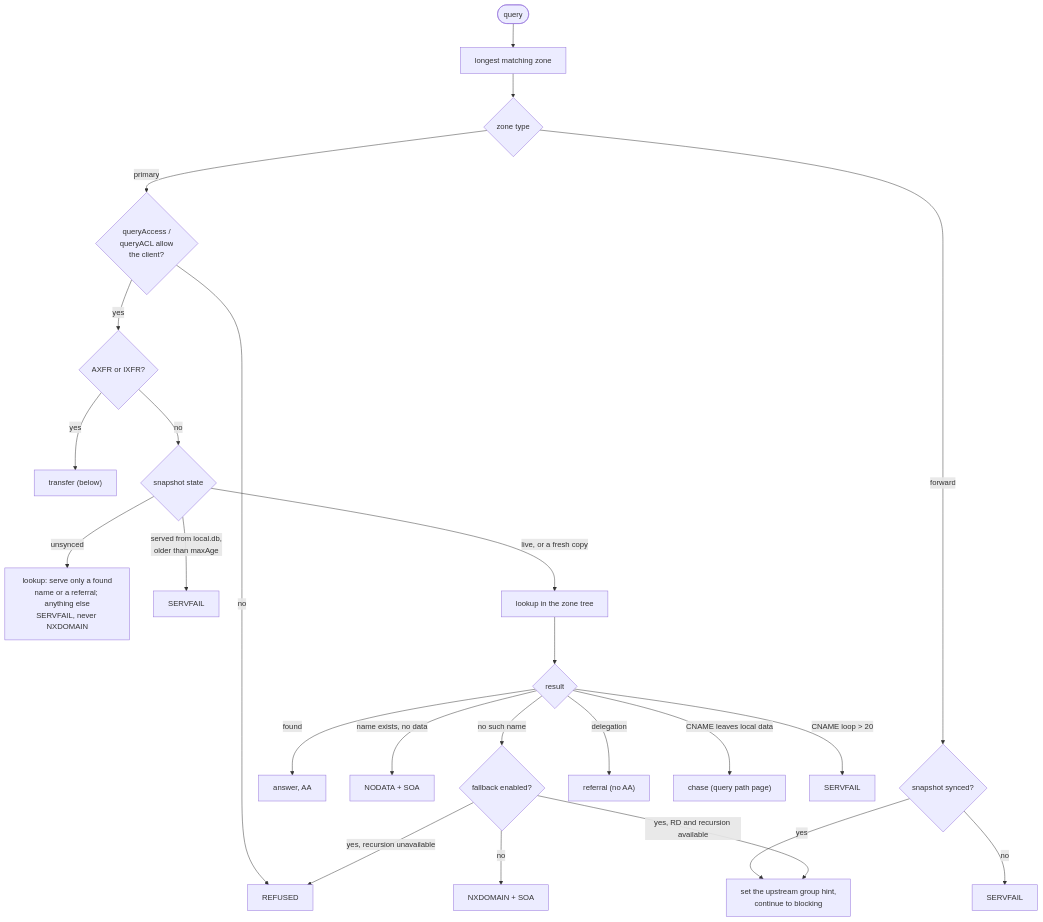
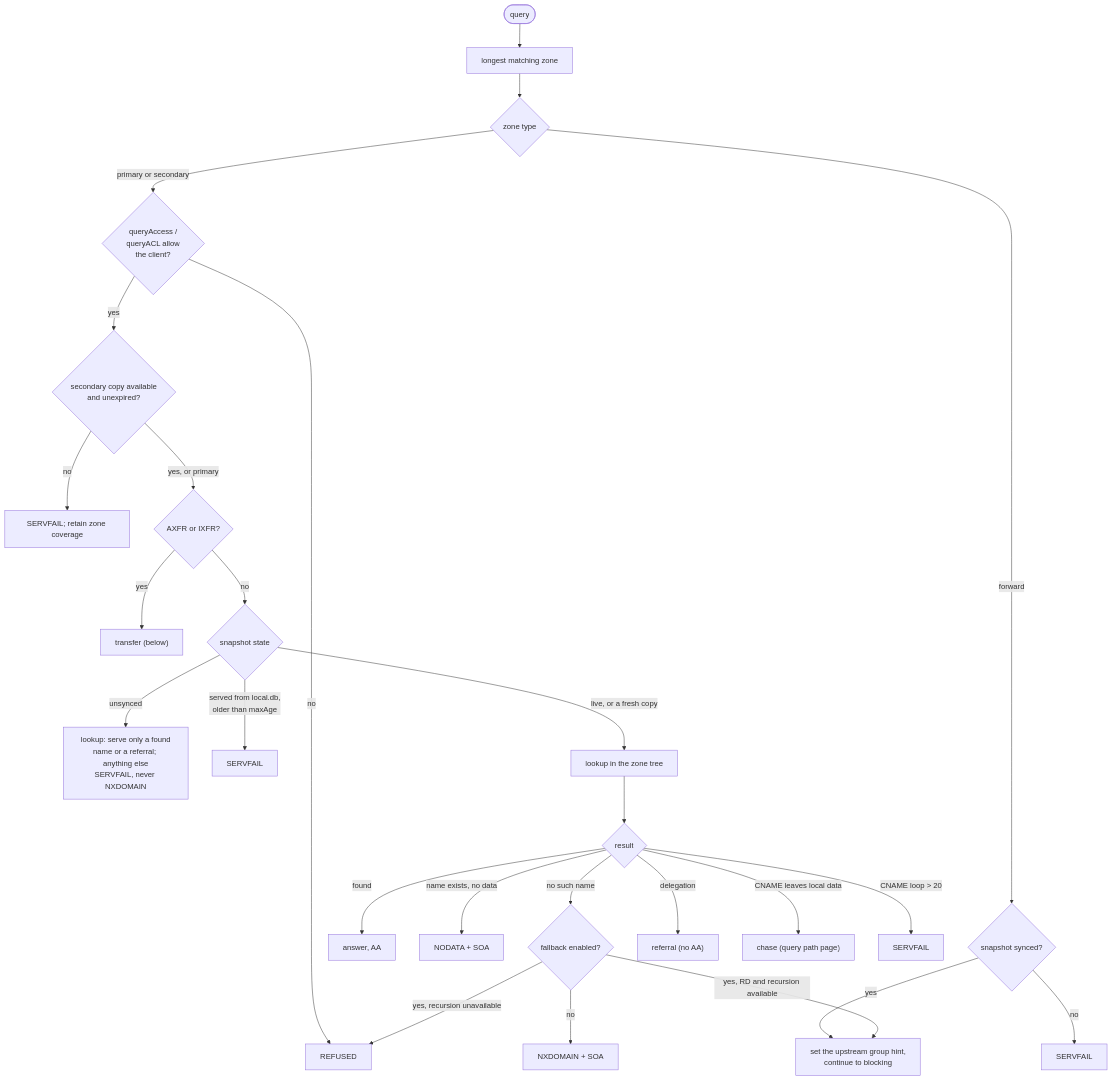
One commit to robertherbaugh/kudurru changed the second of 4 diagrams in docs/architecture/zones.md. Above: the diagram before and after it, drawn with Mermaid. The commit also changed other lines of this file and 5 other files, not shown here.

````diff
--- a/docs/architecture/zones.md
+++ b/docs/architecture/zones.md
@@ -60,26 +62,28 @@
 ```mermaid
 flowchart TD
     Q(["query"]) --> M["longest matching zone"]
     M --> T{"zone type"}
     T -- "forward" --> FS{"snapshot synced?"}
     FS -- "no" --> SF0["SERVFAIL"]
     FS -- "yes" --> FW["set the upstream group hint,<br/>continue to blocking"]
-    T -- "primary" --> ACL{"queryAccess /<br/>queryACL allow<br/>the client?"}
+    T -- "primary or secondary" --> ACL{"queryAccess /<br/>queryACL allow<br/>the client?"}
     ACL -- "no" --> REF["REFUSED"]
-    ACL -- "yes" --> XFR{"AXFR or IXFR?"}
+    ACL -- "yes" --> COPY{"secondary copy available<br/>and unexpired?"}
+    COPY -- "no" --> SF1["SERVFAIL; retain zone coverage"]
+    COPY -- "yes, or primary" --> XFR{"AXFR or IXFR?"}
     XFR -- "yes" --> TR["transfer (below)"]
     XFR -- "no" --> GATE{"snapshot state"}
     GATE -- "unsynced" --> UNS["lookup: serve only a found<br/>name or a referral; anything else<br/>SERVFAIL, never NXDOMAIN"]
     GATE -- "served from local.db,<br/>older than maxAge" --> SF2["SERVFAIL"]
     GATE -- "live, or a fresh copy" --> LK["lookup in the zone tree"]
     LK --> ANS{"result"}
     ANS -- "found" --> A1["answer, AA"]
     ANS -- "name exists, no data" --> A2["NODATA + SOA"]
     ANS -- "no such name" --> FB{"fallback enabled?"}
     FB -- "no" --> A3["NXDOMAIN + SOA"]
     FB -- "yes, RD and recursion available" --> FW
     FB -- "yes, recursion unavailable" --> REF
     ANS -- "delegation" --> A4["referral (no AA)"]
     ANS -- "CNAME leaves local data" --> A5["chase (query path page)"]
     ANS -- "CNAME loop > 20" --> A6["SERVFAIL"]
 ```
````
